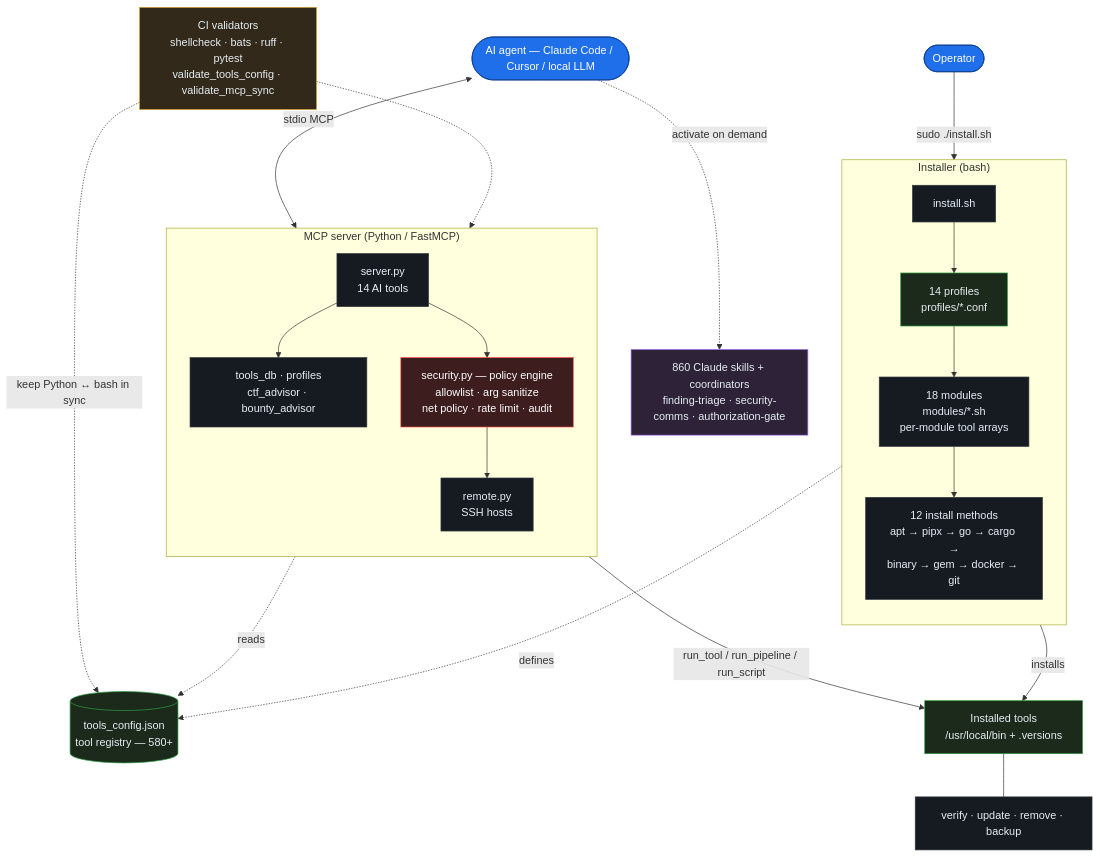
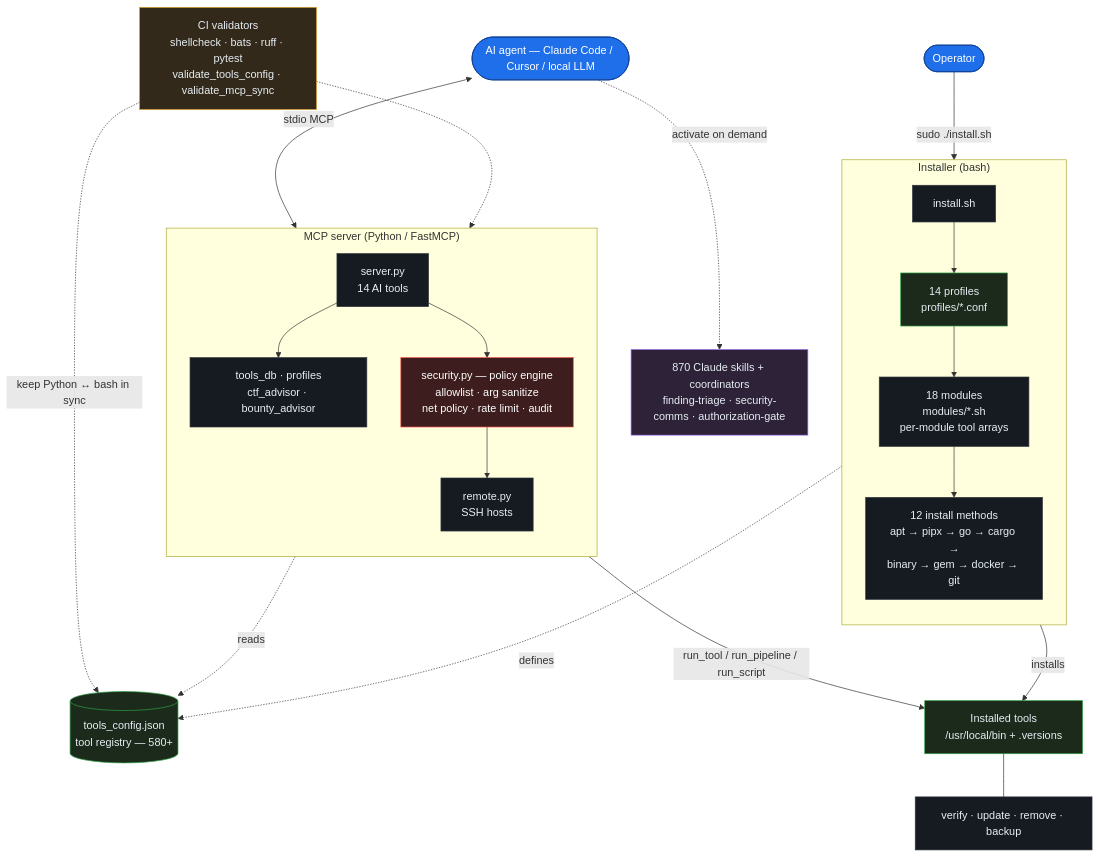
One commit to 26zl/cybersec-toolkit changed the diagram in README.md. Above: the diagram before and after it, drawn with Mermaid. The commit also changed other lines of this file and 31 other files, not shown here.

Commit message:
Add BugHunter skills and fix skill companion assets

````diff
--- a/README.md
+++ b/README.md
@@ -27,50 +27,50 @@
 ```mermaid
 flowchart TB
     user(["Operator"]):::actor
     ai(["AI agent — Claude Code / Cursor / local LLM"]):::actor
 
     subgraph INSTALL["Installer (bash)"]
         direction TB
         sh["install.sh"]:::core
         prof["14 profiles<br/>profiles/*.conf"]:::data
         mod["18 modules<br/>modules/*.sh<br/>per-module tool arrays"]:::core
         meth["12 install methods<br/>apt → pipx → go → cargo →<br/>binary → gem → docker → git"]:::core
         sh --> prof --> mod --> meth
     end
 
     subgraph MCP["MCP server (Python / FastMCP)"]
         direction TB
         srv["server.py<br/>14 AI tools"]:::core
         adv["tools_db · profiles<br/>ctf_advisor · bounty_advisor"]:::core
         sec["security.py — policy engine<br/>allowlist · arg sanitize<br/>net policy · rate limit · audit"]:::sec
         rem["remote.py<br/>SSH hosts"]:::core
         srv --> adv
         srv --> sec --> rem
     end
 
     reg[("tools_config.json<br/>tool registry — 580+")]:::data
     disk["Installed tools<br/>/usr/local/bin + .versions"]:::data
     post["verify · update · remove · backup"]:::core
-    skills["860 Claude skills + coordinators<br/>finding-triage · security-comms · authorization-gate"]:::skill
+    skills["870 Claude skills + coordinators<br/>finding-triage · security-comms · authorization-gate"]:::skill
     ci["CI validators<br/>shellcheck · bats · ruff · pytest<br/>validate_tools_config · validate_mcp_sync"]:::ci
 
     user -->|"sudo ./install.sh"| sh
     ai <-->|"stdio MCP"| srv
     ai -.->|"activate on demand"| skills
 
     meth -->|"installs"| disk
     sec -->|"run_tool / run_pipeline / run_script"| disk
     disk --- post
 
     mod -.->|"defines"| reg
     adv -.->|"reads"| reg
     ci -.->|"keep Python ↔ bash in sync"| reg
     ci -.-> srv
 
     classDef actor fill:#1f6feb,stroke:#0b3d91,color:#ffffff;
     classDef core fill:#161b22,stroke:#30363d,color:#e6edf3;
     classDef data fill:#1c2a1c,stroke:#2ea043,color:#e6edf3;
     classDef sec fill:#3d1d1d,stroke:#f85149,color:#ffffff;
     classDef skill fill:#2d2238,stroke:#a371f7,color:#e6edf3;
     classDef ci fill:#33291a,stroke:#d29922,color:#e6edf3;
 ```
````
